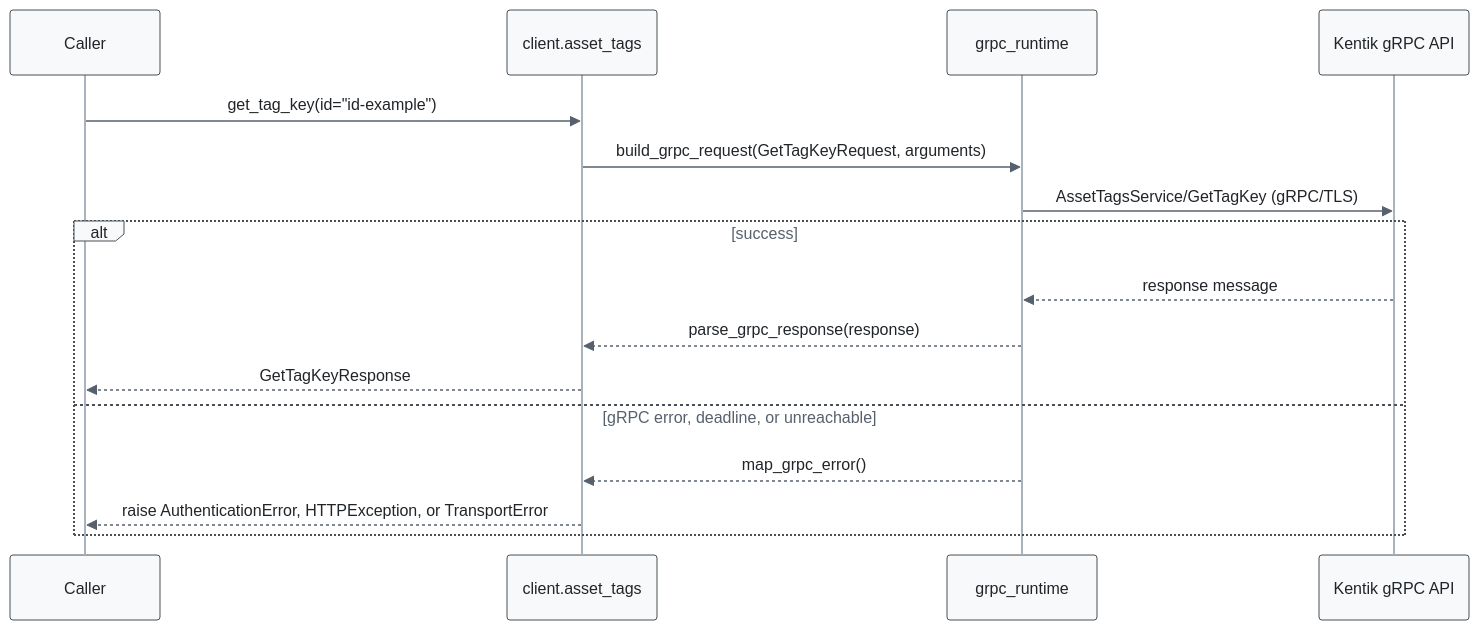
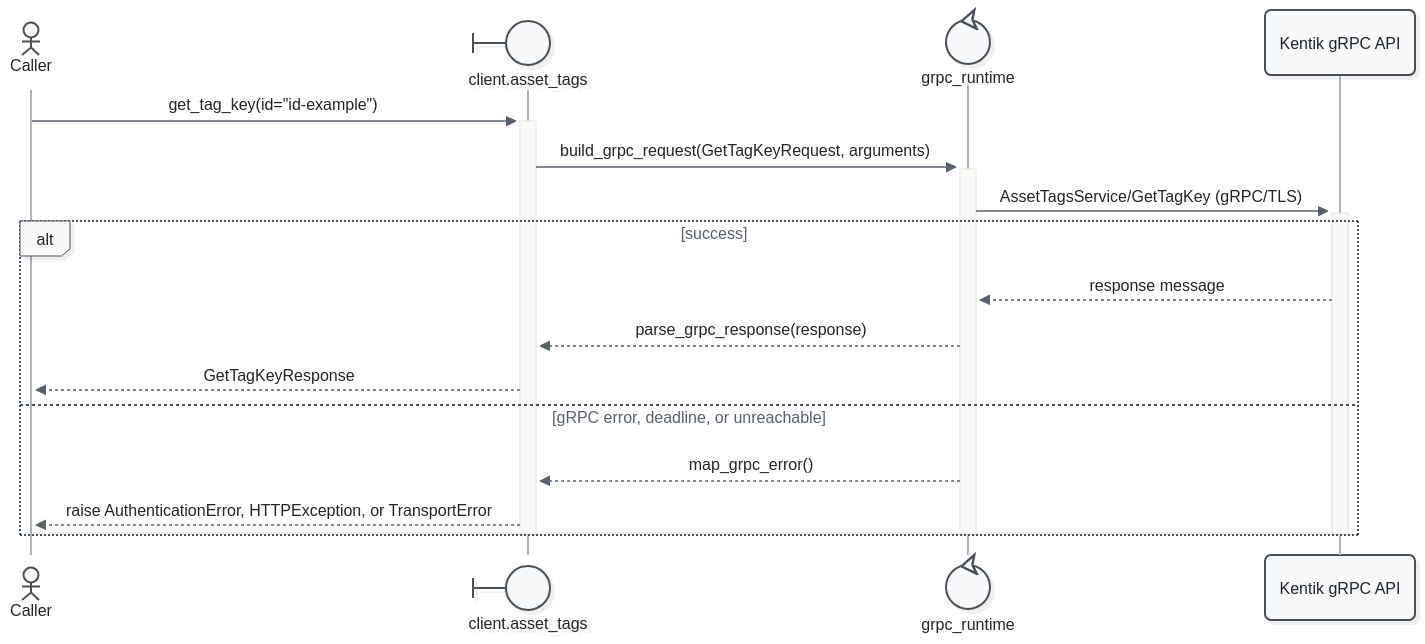
One commit to alexdearaujo/community_sdk_python changed the eighth of 19 diagrams in docs/sphinx/services/asset_tags.md. Above: the diagram before and after it, drawn with Mermaid. The commit also changed other lines of this file and 52 other files, not shown here.

First line of the commit message:
docs: Mermaid 12 sequence diagrams with participant types and path colors

````diff
--- a/docs/sphinx/services/asset_tags.md
+++ b/docs/sphinx/services/asset_tags.md
@@ -284,20 +301,23 @@
 ```mermaid
-%%{init: {"theme": "base", "fontFamily": "ui-monospace, SFMono-Regular, Menlo, monospace", "themeVariables": {"fontFamily": "ui-monospace, SFMono-Regular, Menlo, monospace", "primaryColor": "#f8f9fa", "primaryBorderColor": "#495057", "primaryTextColor": "#212529", "textColor": "#212529", "lineColor": "#77818c", "edgeLabelBackground": "#ffffff", "actorBkg": "#f8f9fa", "actorBorder": "#495057", "actorTextColor": "#212529", "actorLineColor": "#a9b3be", "signalColor": "#57616d", "signalTextColor": "#212529", "labelBoxBkgColor": "#f8f9fa", "labelBoxBorderColor": "#495057", "labelTextColor": "#212529", "loopTextColor": "#57616d", "noteBkgColor": "#fff9db", "noteBorderColor": "#f08c00", "noteTextColor": "#a35a00"}, "flowchart": {"curve": "step", "nodeSpacing": 30, "rankSpacing": 70, "wrappingWidth": 400}}}%%
+%%{init: {"theme": "redux", "look": "neo", "layout": "dagre", "fontFamily": "ui-monospace, SFMono-Regular, Menlo, monospace", "themeVariables": {"fontFamily": "ui-monospace, SFMono-Regular, Menlo, monospace", "primaryColor": "#f8f9fa", "primaryBorderColor": "#495057", "primaryTextColor": "#212529", "textColor": "#212529", "lineColor": "#77818c", "edgeLabelBackground": "#ffffff", "actorBkg": "#f8f9fa", "actorBorder": "#495057", "actorTextColor": "#212529", "actorLineColor": "#a9b3be", "signalColor": "#57616d", "signalTextColor": "#212529", "labelBoxBkgColor": "#f8f9fa", "labelBoxBorderColor": "#495057", "labelTextColor": "#212529", "loopTextColor": "#57616d", "noteBkgColor": "#fff9db", "noteBorderColor": "#f08c00", "noteTextColor": "#a35a00"}, "sequence": {"activationWidth": 16}, "flowchart": {"curve": "step", "nodeSpacing": 30, "rankSpacing": 70, "wrappingWidth": 400}}}%%
 sequenceDiagram
-    participant C as Caller
-    participant W as client.asset_tags
-    participant R as grpc_runtime
+    actor C as Caller
+    participant W@{ "type": "boundary" } as client.asset_tags
+    participant R@{ "type": "control" } as grpc_runtime
     participant API as Kentik gRPC API
 
-    C->>W: get_tag_key(id="id-example")
-    W->>R: build_grpc_request(GetTagKeyRequest, arguments)
-    R->>API: AssetTagsService/GetTagKey (gRPC/TLS)
+    C->>+W: get_tag_key(id="id-example")
+    W->>+R: build_grpc_request(GetTagKeyRequest, arguments)
+    R->>+API: AssetTagsService/GetTagKey (gRPC/TLS)
     alt success
         API-->>R: response message
         R-->>W: parse_grpc_response(response)
         W-->>C: GetTagKeyResponse
     else gRPC error, deadline, or unreachable
         R-->>W: map_grpc_error()
         W-->>C: raise AuthenticationError, HTTPException, or TransportError
     end
+    deactivate API
+    deactivate R
+    deactivate W
 ```
````
